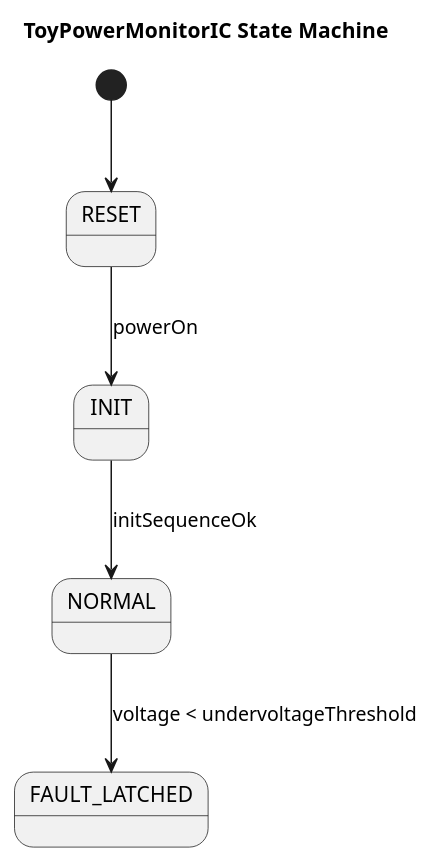
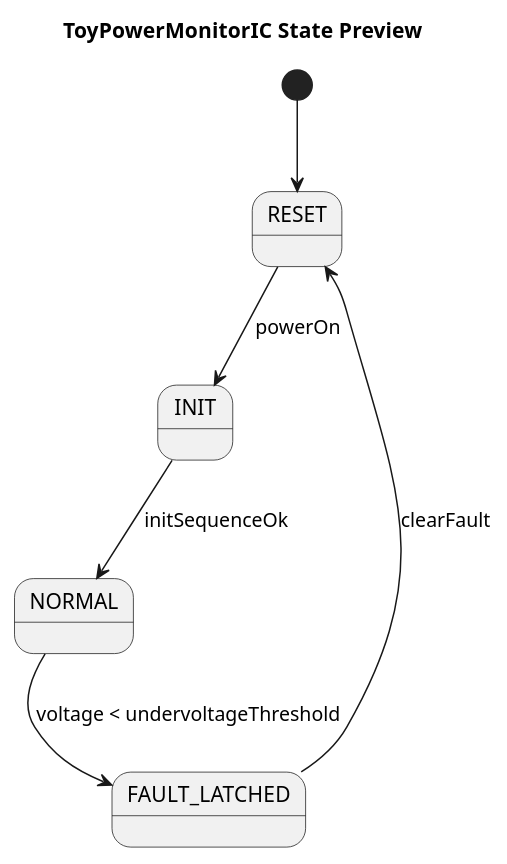
One commit to kino-6/virtual-ecu-peripheral-harness changed the diagram in generated/toy_power_monitor.puml. Above: the diagram before and after it, drawn with PlantUML. The commit also changed 28 other files, not shown here.

Commit message:
Pivot to markup-to-MBD bridge

```diff
--- a/generated/toy_power_monitor.puml
+++ b/generated/toy_power_monitor.puml
@@ -1,9 +1,10 @@
 @startuml
-' Generated from canonical Textual MBD YAML. Do not edit as source.
-' Fictional component for synthetic examples only.
-title ToyPowerMonitorIC State Machine
+' Generated preview from Mermaid-like MBD markup.
+' Existing MBD tools are the intended verification backends.
+title ToyPowerMonitorIC State Preview
 [*] --> RESET
 RESET --> INIT : powerOn
 INIT --> NORMAL : initSequenceOk
 NORMAL --> FAULT_LATCHED : voltage < undervoltageThreshold
+FAULT_LATCHED --> RESET : clearFault
 @enduml
```
